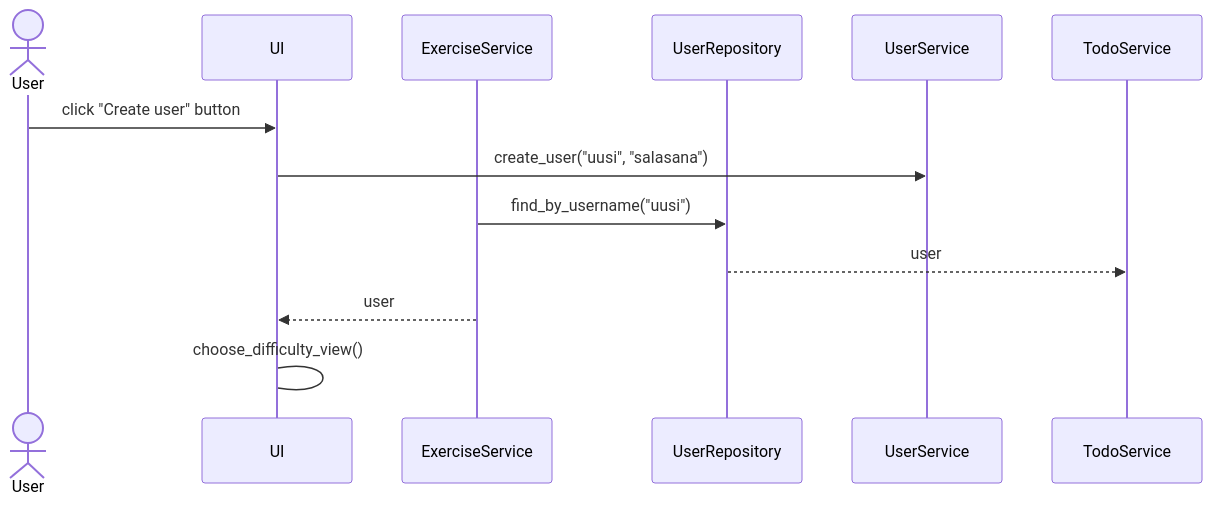
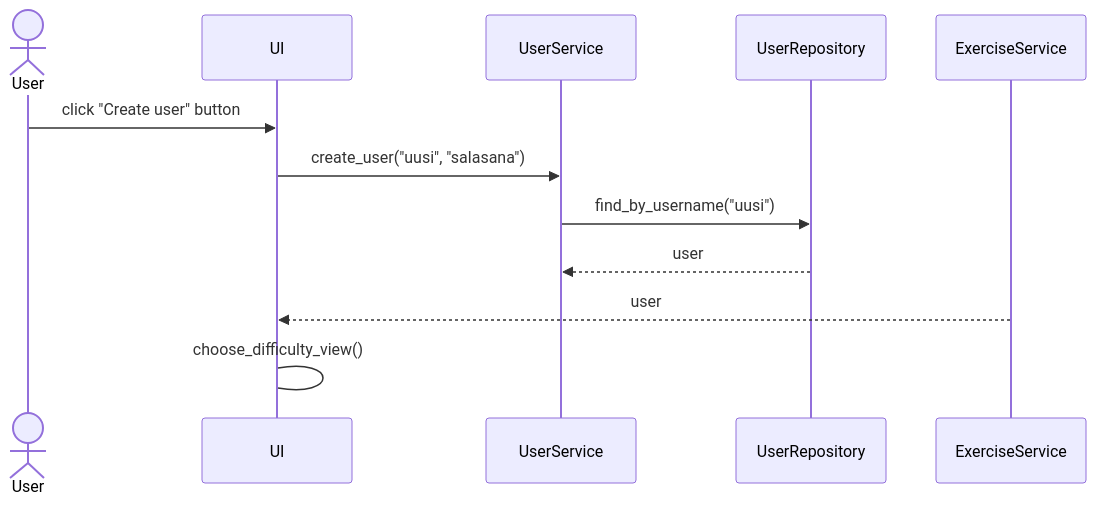
Before and after one commit to immone/ot-harjoitustyo-s2023: the second of 2 diagrams in dokumentaatio/arkkitehtuuri.md, drawn with Mermaid.

````diff
--- a/dokumentaatio/arkkitehtuuri.md
+++ b/dokumentaatio/arkkitehtuuri.md
@@ -67,13 +67,13 @@
 ```mermaid
 sequenceDiagram
   actor User
   participant UI
-  participant ExerciseService
+  participant UserService
   participant UserRepository
   User->>UI: click "Create user" button
   UI->>UserService: create_user("uusi", "salasana")
-  ExerciseService->>UserRepository: find_by_username("uusi")
-  UserRepository-->>TodoService: user
+  UserService->>UserRepository: find_by_username("uusi")
+  UserRepository-->>UserService: user
   ExerciseService-->>UI: user
   UI->UI: choose_difficulty_view()
 ```
````
